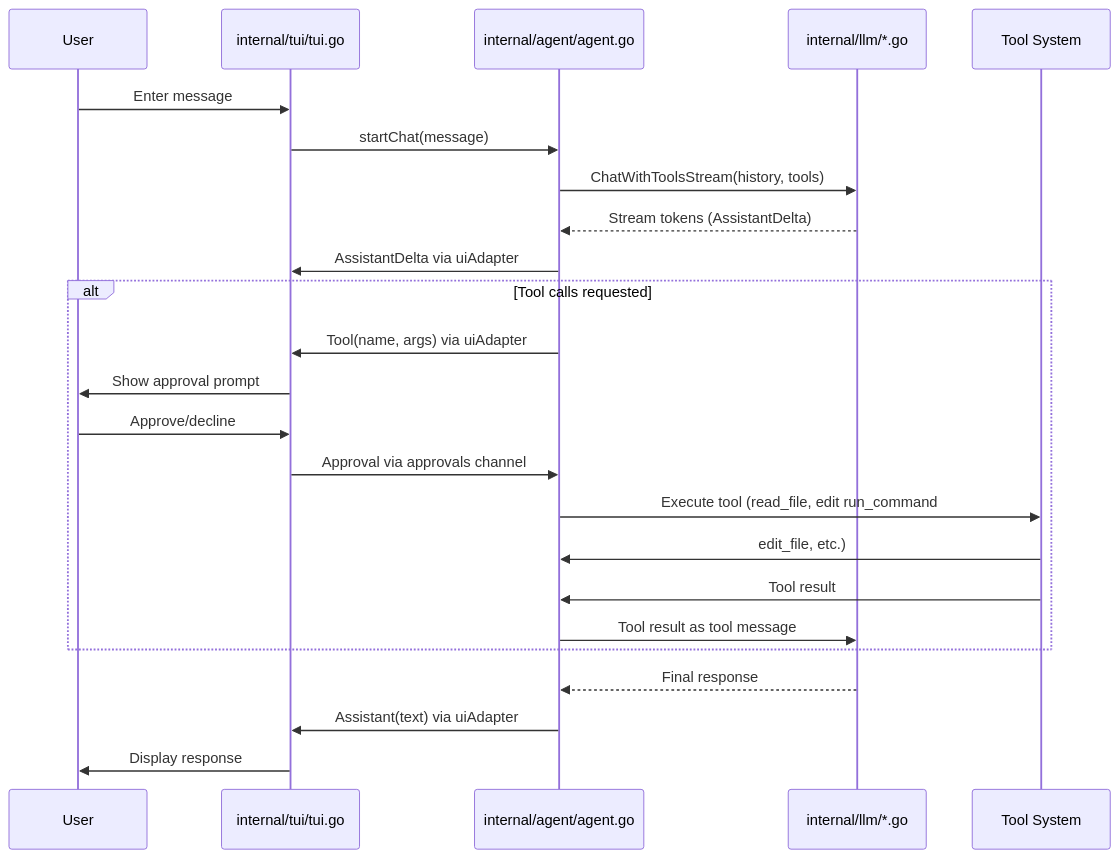
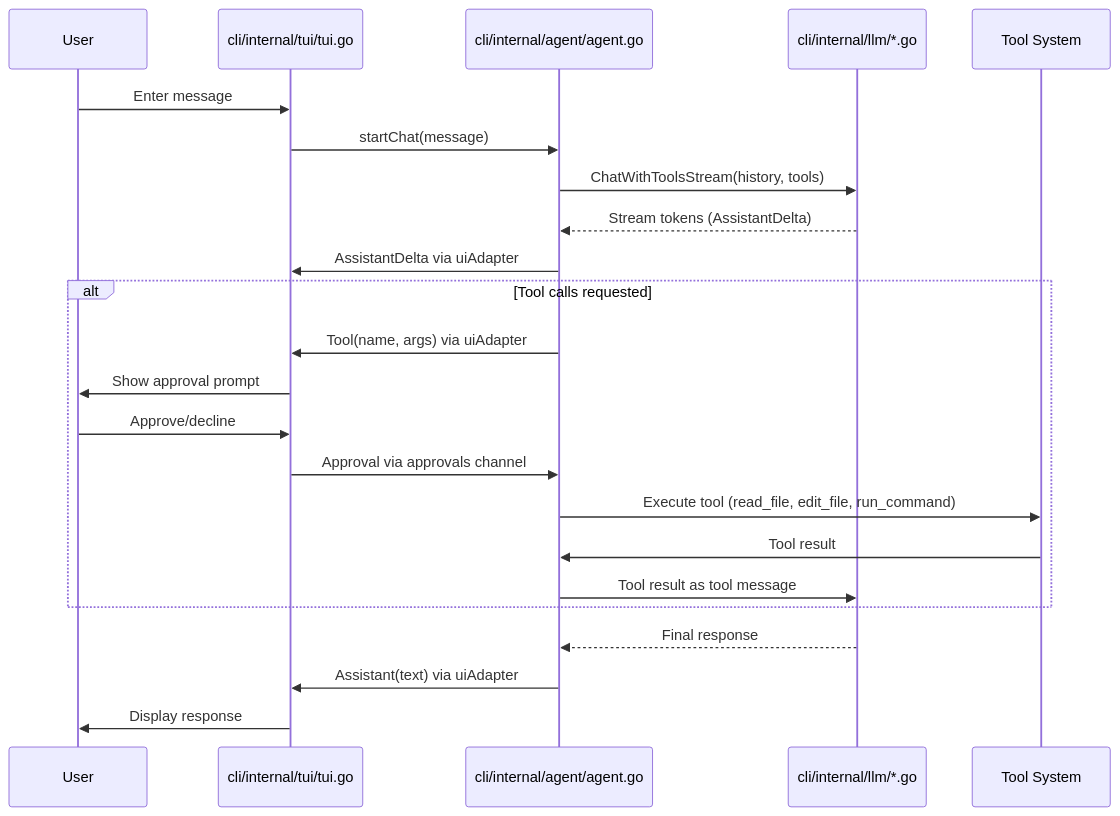
The first of 3 diagrams in cli/.kaioken/wiki/Architecture Overview/Component Interactions and Data Flow.md (babtix/kaioken), drawn with Mermaid before and after one commit. The commit also changed other lines of this file and 278 other files, not shown here.

````diff
--- a/cli/.kaioken/wiki/Architecture Overview/Component Interactions and Data Flow.md
+++ b/cli/.kaioken/wiki/Architecture Overview/Component Interactions and Data Flow.md
@@ -15,27 +15,26 @@
 ```mermaid
 sequenceDiagram
     participant User
-    participant TUI as internal/tui/tui.go
-    participant Agent as internal/agent/agent.go
-    participant LLM as internal/llm/*.go
+    participant TUI as cli/internal/tui/tui.go
+    participant Agent as cli/internal/agent/agent.go
+    participant LLM as cli/internal/llm/*.go
     participant Tools as Tool System
 
     User->>TUI: Enter message
     TUI->>Agent: startChat(message)
     Agent->>LLM: ChatWithToolsStream(history, tools)
     LLM-->>Agent: Stream tokens (AssistantDelta)
     Agent->>TUI: AssistantDelta via uiAdapter
     alt Tool calls requested
         Agent->>TUI: Tool(name, args) via uiAdapter
         TUI->>User: Show approval prompt
         User->>TUI: Approve/decline
         TUI->>Agent: Approval via approvals channel
-        Agent->>Tools: Execute tool (read_file, edit run_command
-        Tools->>Agent: edit_file, etc.)
+        Agent->>Tools: Execute tool (read_file, edit_file, run_command)
         Tools->>Agent: Tool result
         Agent->>LLM: Tool result as tool message
     end
     LLM-->>Agent: Final response
     Agent->>TUI: Assistant(text) via uiAdapter
     TUI->>User: Display response
 ```
````
